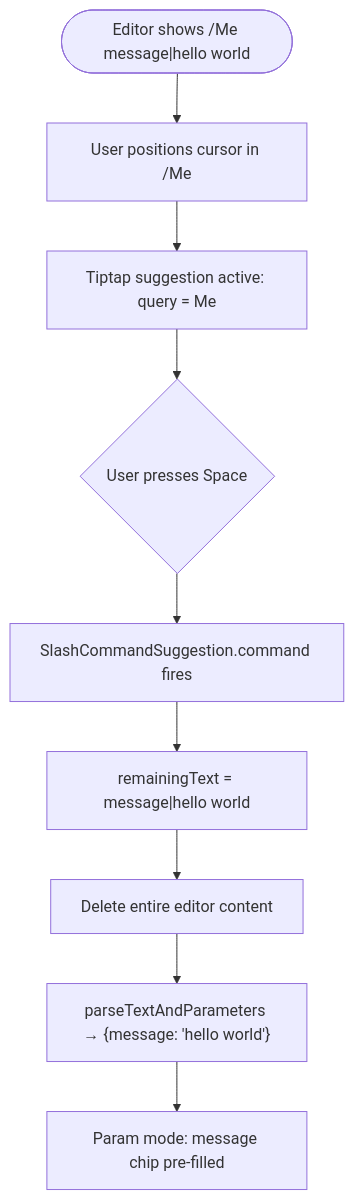
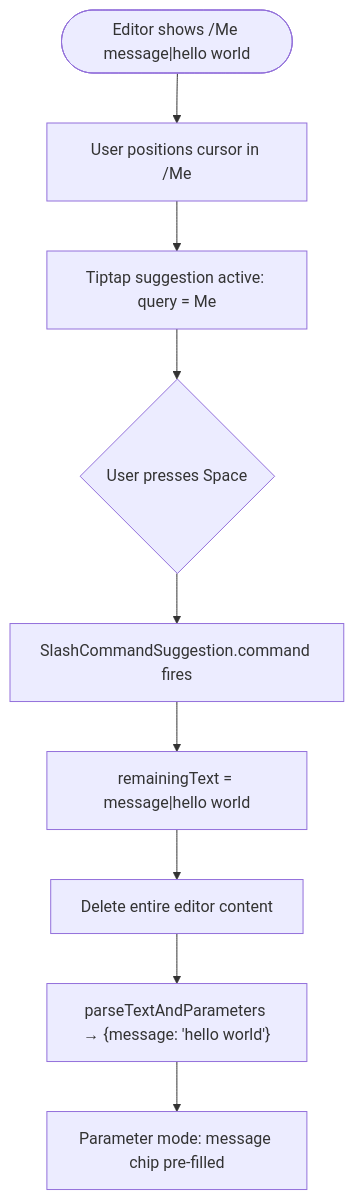
Before and after one commit to Esposter/Esposter: the third of 3 diagrams in features/esbabbler/specs/slash-commands.md, drawn with Mermaid. The commit also changed other lines of this file and 5 other files, not shown here.

````diff
--- a/features/esbabbler/specs/slash-commands.md
+++ b/features/esbabbler/specs/slash-commands.md
@@ -166,11 +166,11 @@
 ```mermaid
 flowchart TD
     A(["Editor shows /Me message|hello world"]) --> B[User positions cursor in /Me]
     B --> C[Tiptap suggestion active: query = Me]
     C --> D{User presses Space}
     D --> E[SlashCommandSuggestion.command fires]
     E --> F["remainingText = message|hello world"]
     F --> G[Delete entire editor content]
     G --> H["parseTextAndParameters → {message: 'hello world'}"]
-    H --> I[Param mode: message chip pre-filled]
+    H --> I[Parameter mode: message chip pre-filled]
 ```
````
